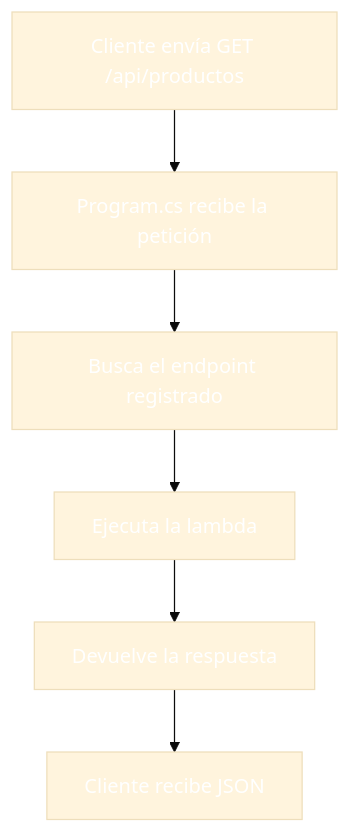
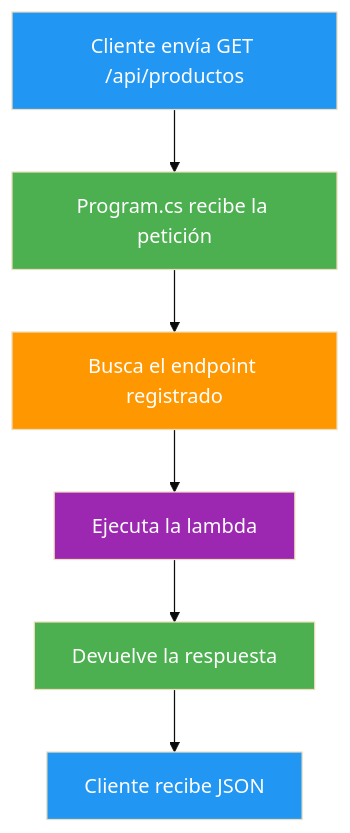
One commit to joseluisgs/DesarrolloWebEntornosServidor-02-2026-2027 changed the third of 4 diagrams in 03-minimal-apis.md. Above: the diagram before and after it, drawn with Mermaid (base theme). The commit also changed other lines of this file and 29 other files, not shown here.

Commit message:
docs: corregir estilos Mermaid y estilo, quitar referencias a la Tienda y reestructurar los retos 13 y 15

````diff
--- a/03-minimal-apis.md
+++ b/03-minimal-apis.md
@@ -126,14 +126,14 @@
 ```mermaid
 flowchart TD
     A["Cliente envía GET /api/productos"] --> B["Program.cs recibe la petición"]
     B --> C["Busca el endpoint registrado"]
     C --> D["Ejecuta la lambda"]
     D --> E["Devuelve la respuesta"]
     E --> F["Cliente recibe JSON"]
-    style A fill:#2196F,color:#fff3,color:#fff
-    style B fill:#4CAF5,color:#fff0,color:#fff
-    style C fill:#FF980,color:#fff0,color:#fff
-    style D fill:#9C27B,color:#fff0,color:#fff
-    style E fill:#4CAF5,color:#fff0,color:#fff
-    style F fill:#2196F,color:#fff3,color:#fff
+    style A fill:#2196F3,color:#fff
+    style B fill:#4CAF50,color:#fff
+    style C fill:#FF9800,color:#fff
+    style D fill:#9C27B0,color:#fff
+    style E fill:#4CAF50,color:#fff
+    style F fill:#2196F3,color:#fff
 ```
````
